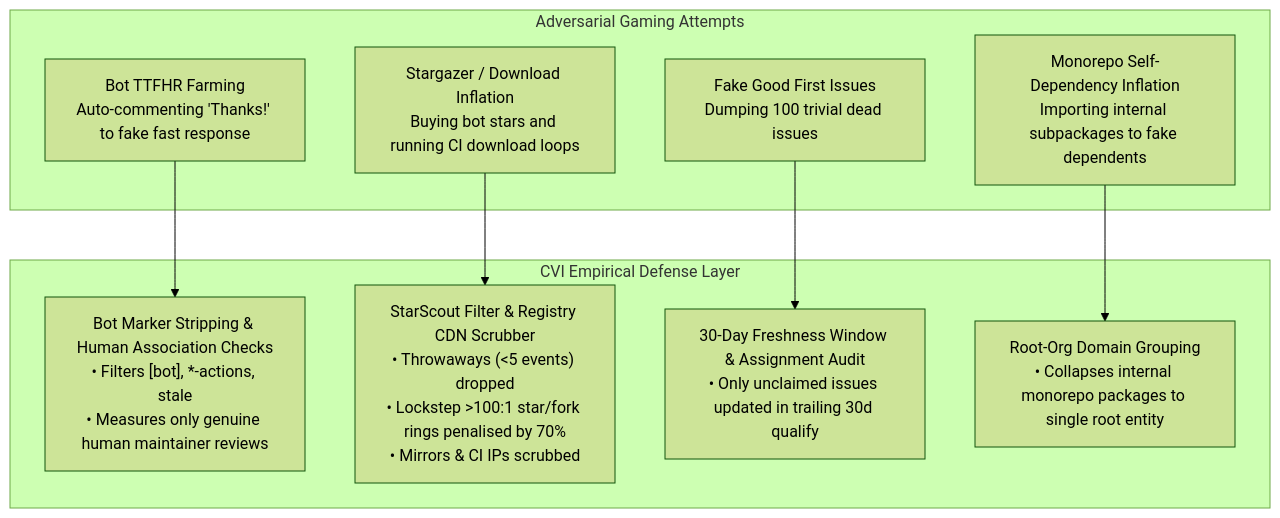
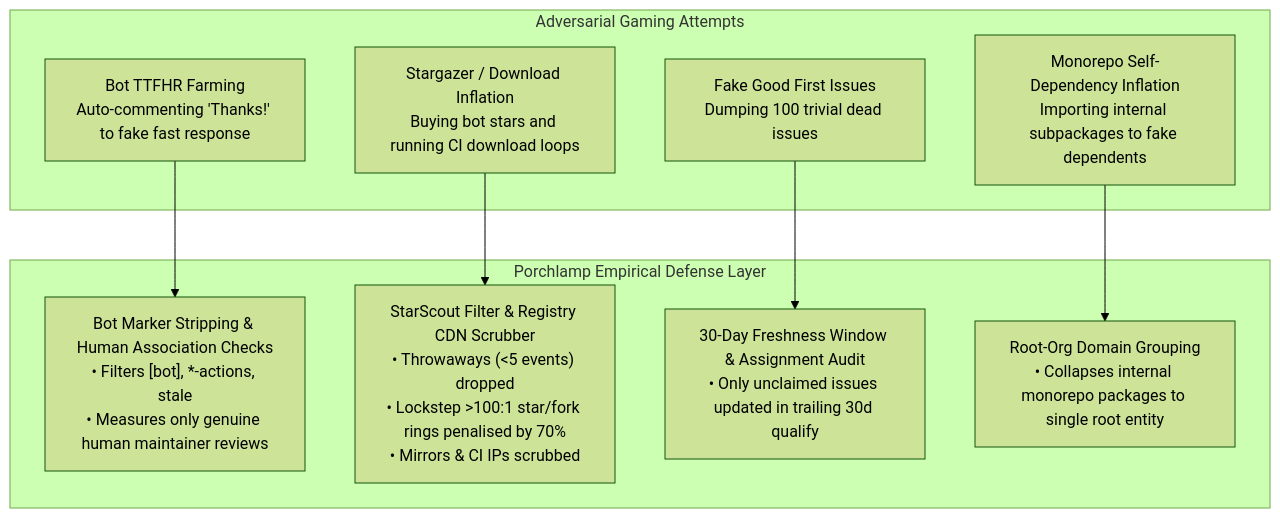
Before and after one commit to pctablet505/porchlamp-engine: the third of 3 diagrams in docs/BENCHMARK_SPECIFICATION.md, drawn with Mermaid (forest theme). The commit also changed other lines of this file and 643 other files, not shown here.

````diff
--- a/docs/BENCHMARK_SPECIFICATION.md
+++ b/docs/BENCHMARK_SPECIFICATION.md
@@ -248,21 +248,21 @@
 ```mermaid
 flowchart TD
     subgraph AttackSurface ["Adversarial Gaming Attempts"]
         A1["Bot TTFHR Farming<br/>Auto-commenting 'Thanks!' to fake fast response"]
         A2["Stargazer / Download Inflation<br/>Buying bot stars and running CI download loops"]
         A3["Fake Good First Issues<br/>Dumping 100 trivial dead issues"]
         A4["Monorepo Self-Dependency Inflation<br/>Importing internal subpackages to fake dependents"]
     end
 
-    subgraph DefenseMechanism ["CVI Empirical Defense Layer"]
+    subgraph DefenseMechanism ["Porchlamp Empirical Defense Layer"]
         D1["Bot Marker Stripping & Human Association Checks<br/>• Filters [bot], *-actions, stale<br/>• Measures only genuine human maintainer reviews"]
         D2["StarScout Filter & Registry CDN Scrubber<br/>• Throwaways (<5 events) dropped<br/>• Lockstep >100:1 star/fork rings penalised by 70%<br/>• Mirrors & CI IPs scrubbed"]
         D3["30-Day Freshness Window & Assignment Audit<br/>• Only unclaimed issues updated in trailing 30d qualify"]
         D4["Root-Org Domain Grouping<br/>• Collapses internal monorepo packages to single root entity"]
     end
 
     A1 --> D1
     A2 --> D2
     A3 --> D3
     A4 --> D4
 ```
````
